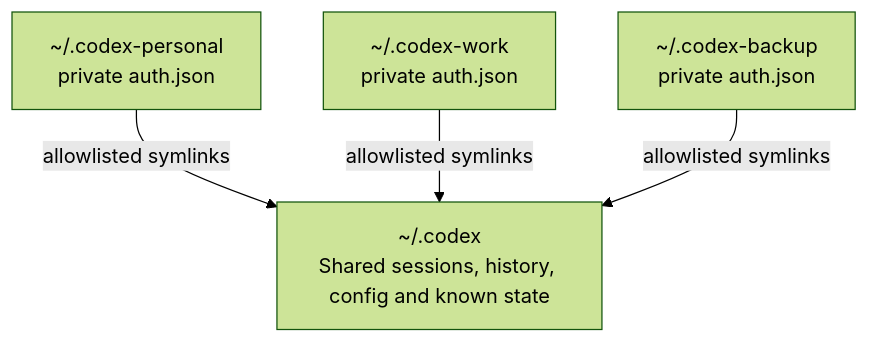
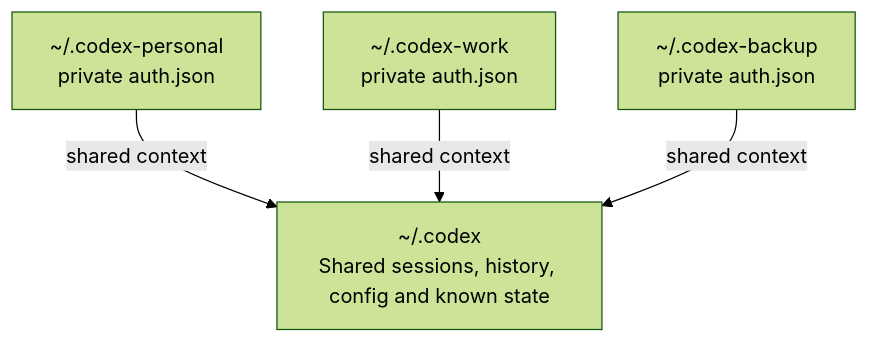
Before and after one commit to roshkatan98/codex-profile-manager: the diagram in README.md, drawn with Mermaid (forest theme). The commit also changed other lines of this file, not shown here.

````diff
--- a/README.md
+++ b/README.md
@@ -41,10 +41,10 @@
 ```mermaid
 flowchart TB
     shared["~/.codex\nShared sessions, history, config and known state"]
     p1["~/.codex-personal\nprivate auth.json"]
     p2["~/.codex-work\nprivate auth.json"]
     p3["~/.codex-backup\nprivate auth.json"]
-    p1 -->|allowlisted symlinks| shared
-    p2 -->|allowlisted symlinks| shared
-    p3 -->|allowlisted symlinks| shared
+    p1 -->|shared context| shared
+    p2 -->|shared context| shared
+    p3 -->|shared context| shared
 ```
````
